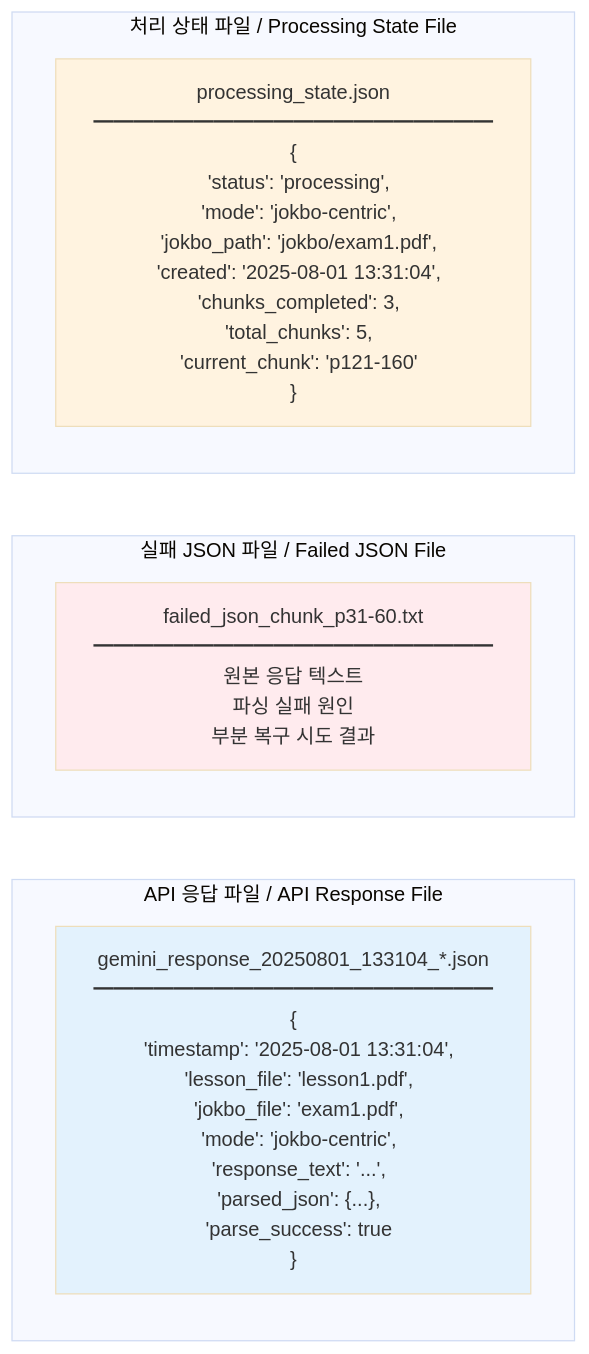
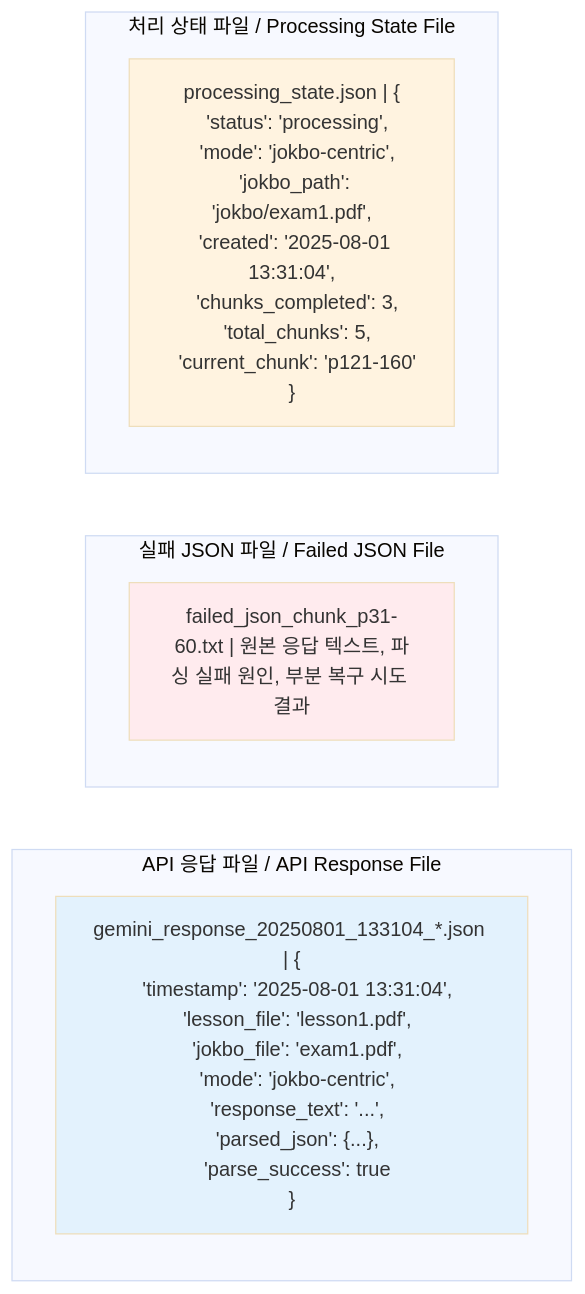
Before and after one commit to ksw6895/jokbodude: diagram 25 of 39 in architecture.md, drawn with Mermaid (base theme). The commit also changed other lines of this file, not shown here.

First line of the commit message:
fix: architecture.md Mermaid 다이어그램 파싱 오류 수정

````diff
--- a/architecture.md
+++ b/architecture.md
@@ -1296,34 +1296,34 @@
 ```mermaid
 graph LR
     subgraph "API 응답 파일 / API Response File"
-        JSON["gemini_response_20250801_133104_*.json<br/>━━━━━━━━━━━━━━━━━━━━<br/>{
+        JSON["gemini_response_20250801_133104_*.json | {
   'timestamp': '2025-08-01 13:31:04',
   'lesson_file': 'lesson1.pdf',
   'jokbo_file': 'exam1.pdf',
   'mode': 'jokbo-centric',
   'response_text': '...',
   'parsed_json': {...},
   'parse_success': true
 }"]
     end
     
     subgraph "실패 JSON 파일 / Failed JSON File"
-        FAIL["failed_json_chunk_p31-60.txt<br/>━━━━━━━━━━━━━━━━━━━━<br/>원본 응답 텍스트<br/>파싱 실패 원인<br/>부분 복구 시도 결과"]
+        FAIL["failed_json_chunk_p31-60.txt | 원본 응답 텍스트, 파싱 실패 원인, 부분 복구 시도 결과"]
     end
     
     subgraph "처리 상태 파일 / Processing State File"
-        STATE["processing_state.json<br/>━━━━━━━━━━━━━━━━━━━━<br/>{
+        STATE["processing_state.json | {
   'status': 'processing',
   'mode': 'jokbo-centric',
   'jokbo_path': 'jokbo/exam1.pdf',
   'created': '2025-08-01 13:31:04',
   'chunks_completed': 3,
   'total_chunks': 5,
   'current_chunk': 'p121-160'
 }"]
     end
     
     style JSON fill:#e3f2fd
     style FAIL fill:#ffebee
     style STATE fill:#fff3e0
 ```
````
